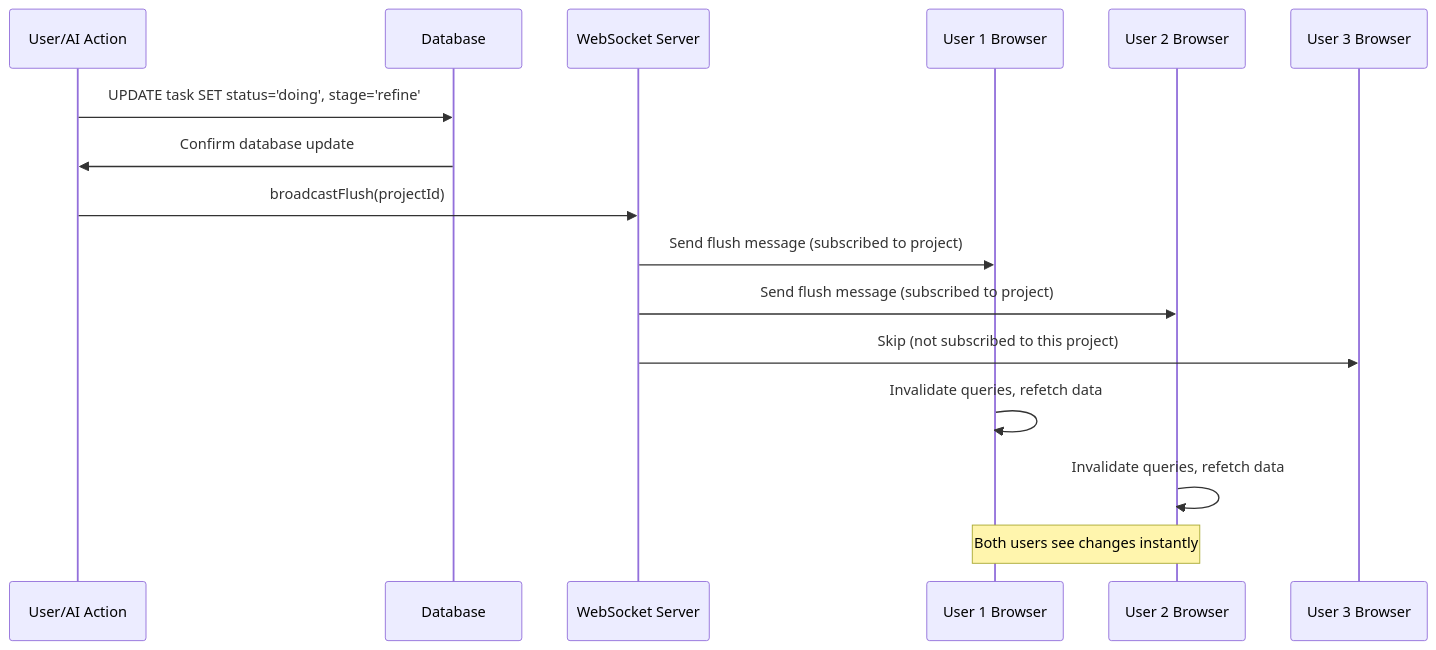
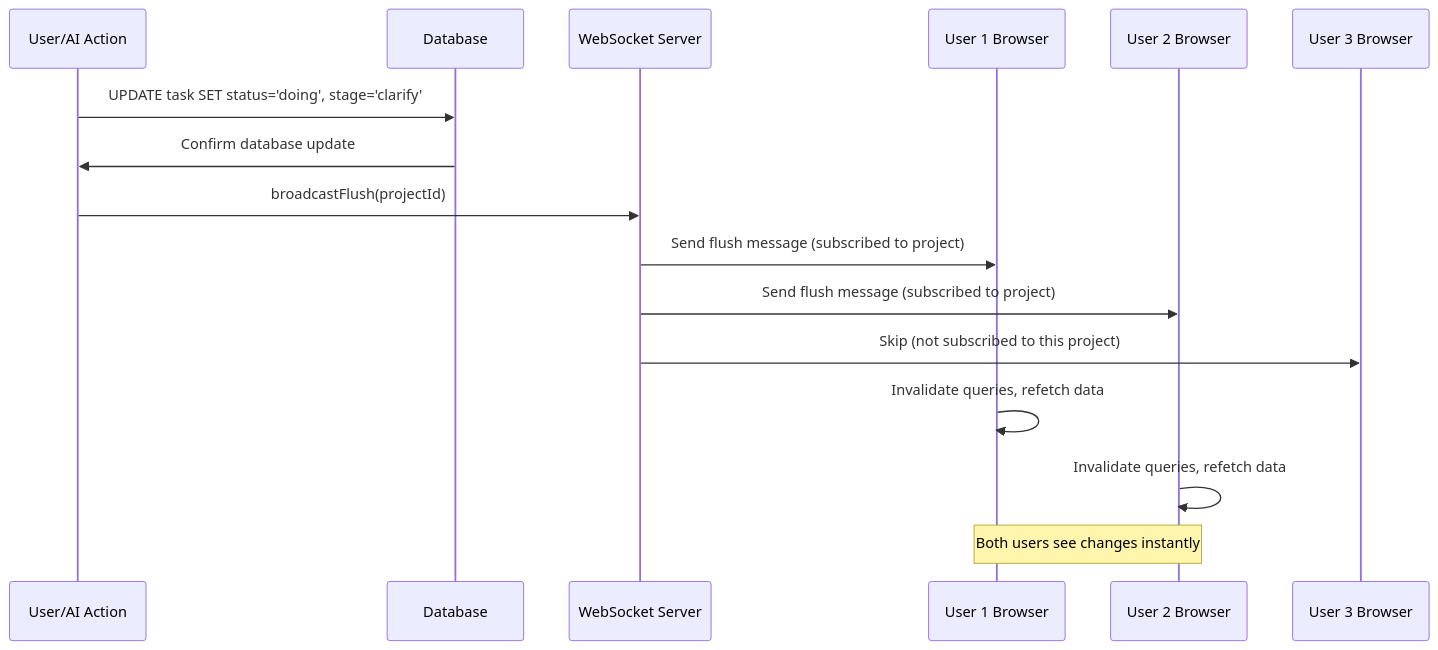
The third of 5 diagrams in docs/feature-flows/realtime-features.md (ivawzh/v0-bun-hono-tanstack-router), drawn with Mermaid before and after one commit. The commit also changed other lines of this file and 32 other files, not shown here.

````diff
--- a/docs/feature-flows/realtime-features.md
+++ b/docs/feature-flows/realtime-features.md
@@ -75,22 +75,22 @@
 ```mermaid
 sequenceDiagram
     participant Action as User/AI Action
-    participant DB as Database  
+    participant DB as Database
     participant WS as WebSocket Server
     participant UI1 as User 1 Browser
     participant UI2 as User 2 Browser
     participant UI3 as User 3 Browser
-    
-    Action->>DB: UPDATE task SET status='doing', stage='refine'
+
+    Action->>DB: UPDATE task SET status='doing', stage='clarify'
     DB->>Action: Confirm database update
     Action->>WS: broadcastFlush(projectId)
-    
+
     WS->>UI1: Send flush message (subscribed to project)
-    WS->>UI2: Send flush message (subscribed to project)  
+    WS->>UI2: Send flush message (subscribed to project)
     WS->>UI3: Skip (not subscribed to this project)
-    
+
     UI1->>UI1: Invalidate queries, refetch data
     UI2->>UI2: Invalidate queries, refetch data
-    
+
     Note over UI1,UI2: Both users see changes instantly
 ```
````
